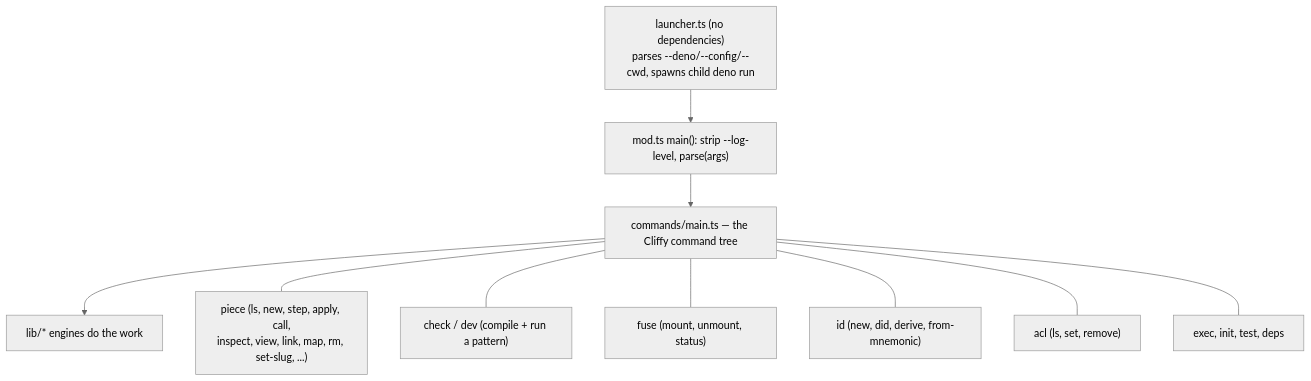
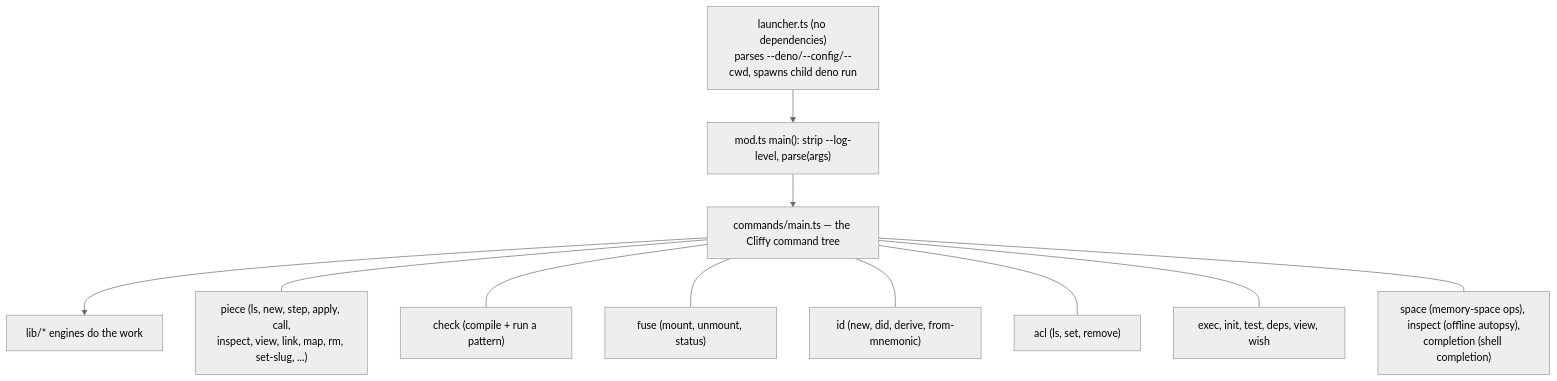
The first of 4 diagrams in docs/development/orientation/cli-piece-fuse.md (Hixie/commontoolsinc.labs), drawn with Mermaid (neutral theme) before and after one commit. The commit also changed other lines of this file and 8 other files, not shown here.

````diff
--- a/docs/development/orientation/cli-piece-fuse.md
+++ b/docs/development/orientation/cli-piece-fuse.md
@@ -20,16 +20,17 @@
 ```mermaid
 flowchart TB
     launcher["launcher.ts (no dependencies)<br/>parses --deno/--config/--cwd, spawns child deno run"]
     mod["mod.ts main(): strip --log-level, parse(args)"]
     tree["commands/main.ts — the Cliffy command tree"]
     libs["lib/* engines do the work"]
 
     launcher --> mod --> tree --> libs
 
     tree --- c1["piece (ls, new, step, apply, call,<br/>inspect, view, link, map, rm, set-slug, ...)"]
-    tree --- c2["check / dev (compile + run a pattern)"]
+    tree --- c2["check (compile + run a pattern)"]
     tree --- c3["fuse (mount, unmount, status)"]
     tree --- c4["id (new, did, derive, from-mnemonic)"]
     tree --- c5["acl (ls, set, remove)"]
-    tree --- c6["exec, init, test, deps"]
+    tree --- c6["exec, init, test, deps, view, wish"]
+    tree --- c7["space (memory-space ops), inspect (offline autopsy),<br/>completion (shell completion)"]
 ```
````
